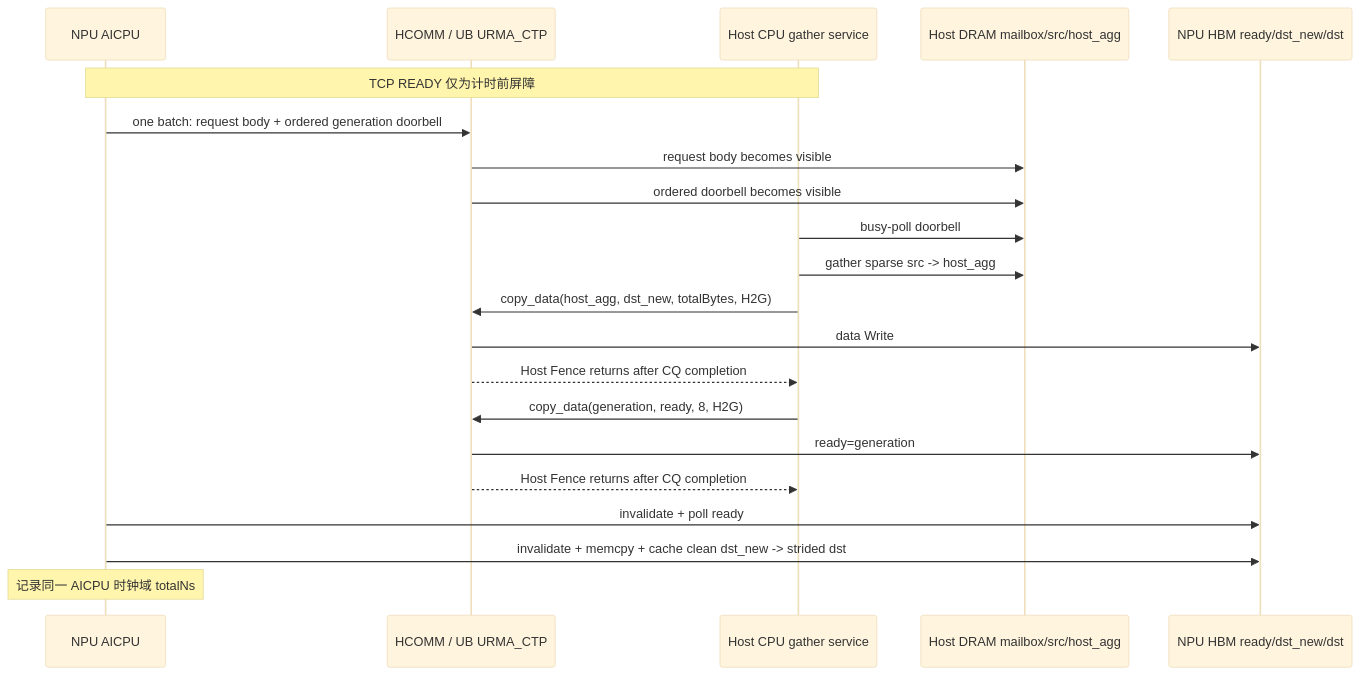
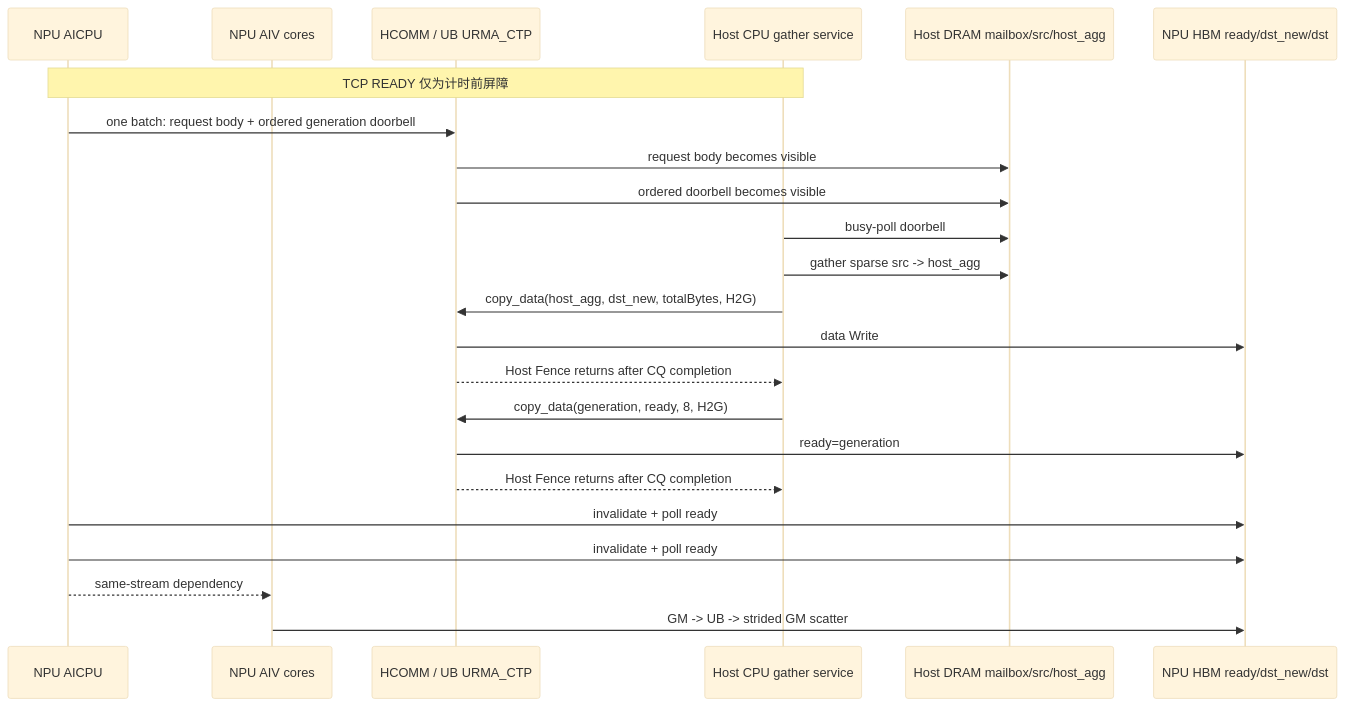
One commit to etru-177/memfabric_hybrid changed the second of 2 diagrams in docs/host_aggregate_urma_ctp_scatter_demo_design.md. Above: the diagram before and after it, drawn with Mermaid (base theme). The commit also changed other lines of this file and 8 other files, not shown here.

Commit message:
perf: move aggregate scatter to AIV

````diff
--- a/docs/host_aggregate_urma_ctp_scatter_demo_design.md
+++ b/docs/host_aggregate_urma_ctp_scatter_demo_design.md
@@ -156,24 +152,26 @@
 ```mermaid
 sequenceDiagram
     participant AI as NPU AICPU
+    participant AV as NPU AIV cores
     participant HU as HCOMM / UB URMA_CTP
     participant HC as Host CPU gather service
     participant HM as Host DRAM mailbox/src/host_agg
     participant NH as NPU HBM ready/dst_new/dst
 
     Note over AI,HC: TCP READY 仅为计时前屏障
     AI->>HU: one batch: request body + ordered generation doorbell
     HU->>HM: request body becomes visible
     HU->>HM: ordered doorbell becomes visible
     HC->>HM: busy-poll doorbell
     HC->>HM: gather sparse src -> host_agg
     HC->>HU: copy_data(host_agg, dst_new, totalBytes, H2G)
     HU->>NH: data Write
     HU-->>HC: Host Fence returns after CQ completion
     HC->>HU: copy_data(generation, ready, 8, H2G)
     HU->>NH: ready=generation
     HU-->>HC: Host Fence returns after CQ completion
     AI->>NH: invalidate + poll ready
-    AI->>NH: invalidate + memcpy + cache clean dst_new -> strided dst
-    Note over AI: 记录同一 AICPU 时钟域 totalNs
+    AI->>NH: invalidate + poll ready
+    AI-->>AV: same-stream dependency
+    AV->>NH: GM -> UB -> strided GM scatter
 ```
````
